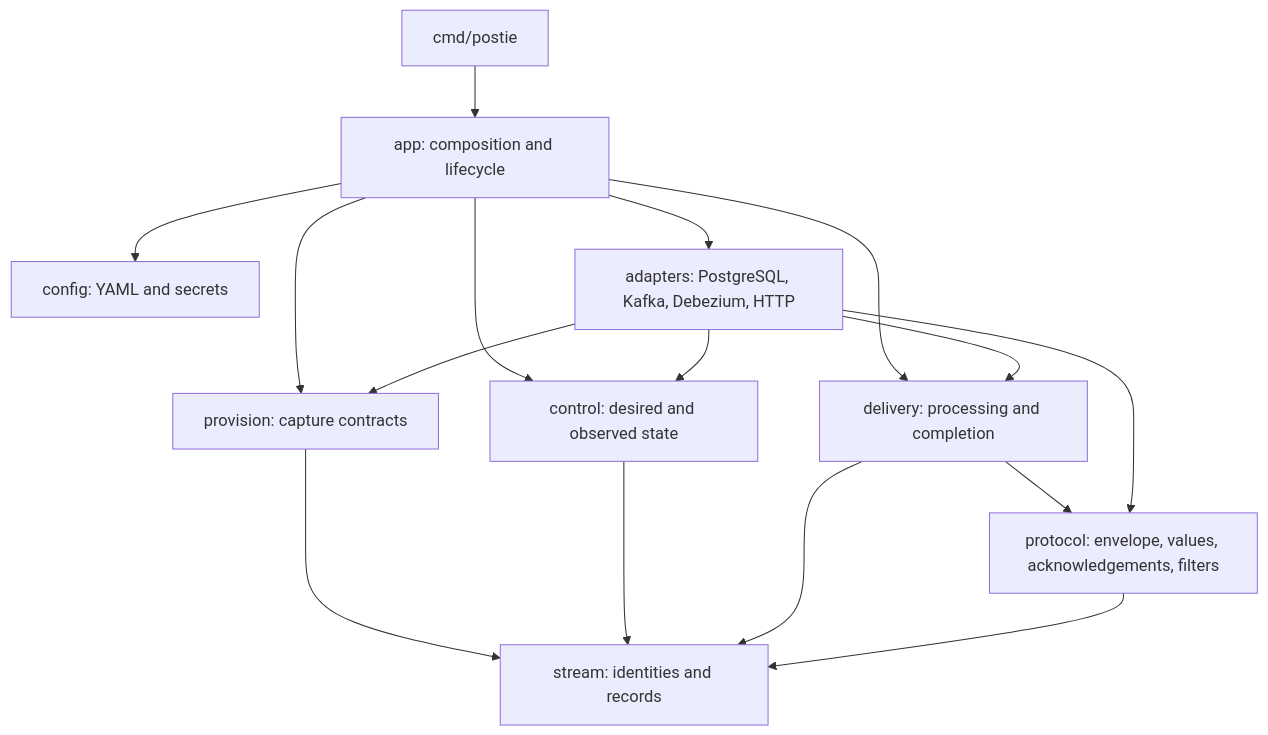
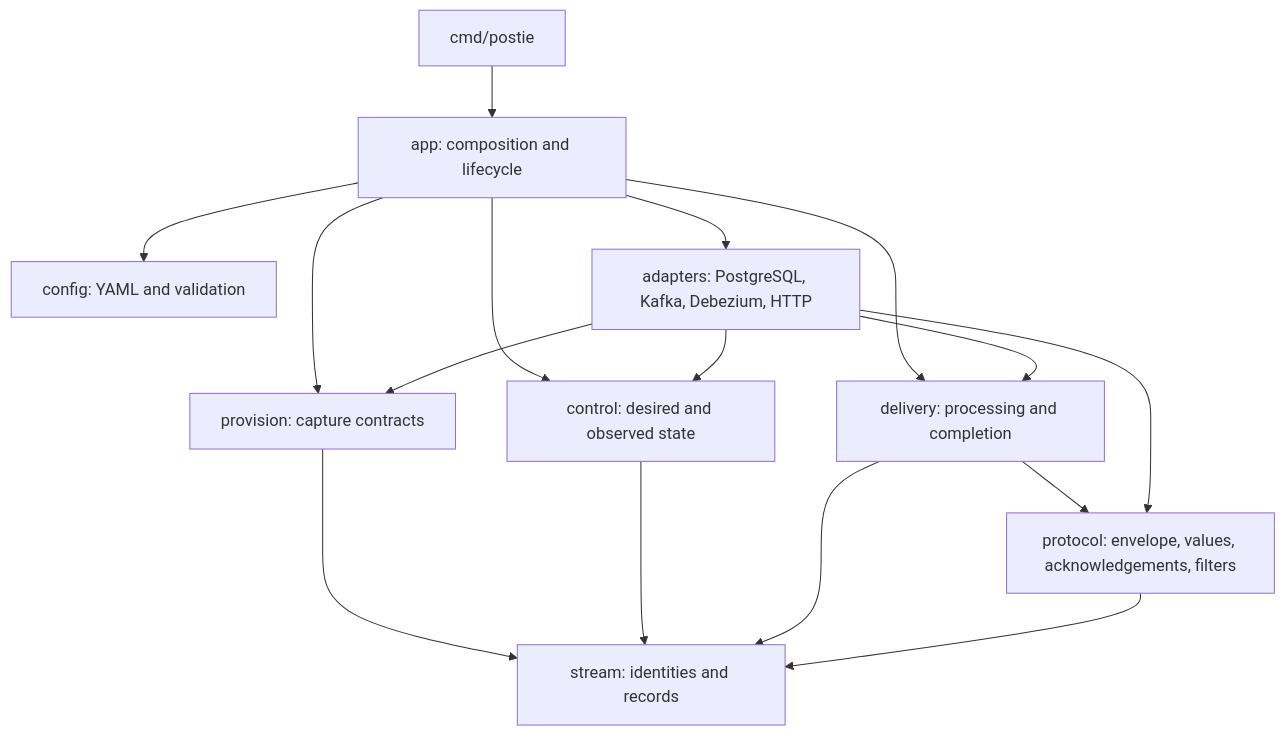
One commit to rafaeelricco/postie changed the diagram in docs/specification.md. Above: the diagram before and after it, drawn with Mermaid. The commit also changed other lines of this file and 4 other files, not shown here.

````diff
--- a/docs/specification.md
+++ b/docs/specification.md
@@ -210,18 +209,18 @@
 ```mermaid
 flowchart TD
   commands[cmd/postie] --> app[app: composition and lifecycle]
-  app --> config[config: YAML and secrets]
+  app --> config[config: YAML and validation]
   app --> provision[provision: capture contracts]
   app --> control[control: desired and observed state]
   app --> delivery[delivery: processing and completion]
   app --> adapters[adapters: PostgreSQL, Kafka, Debezium, HTTP]
   adapters --> provision
   adapters --> control
   adapters --> delivery
   delivery --> protocol[protocol: envelope, values, acknowledgements, filters]
   adapters --> protocol
   provision --> stream[stream: identities and records]
   control --> stream
   delivery --> stream
   protocol --> stream
 ```
````
